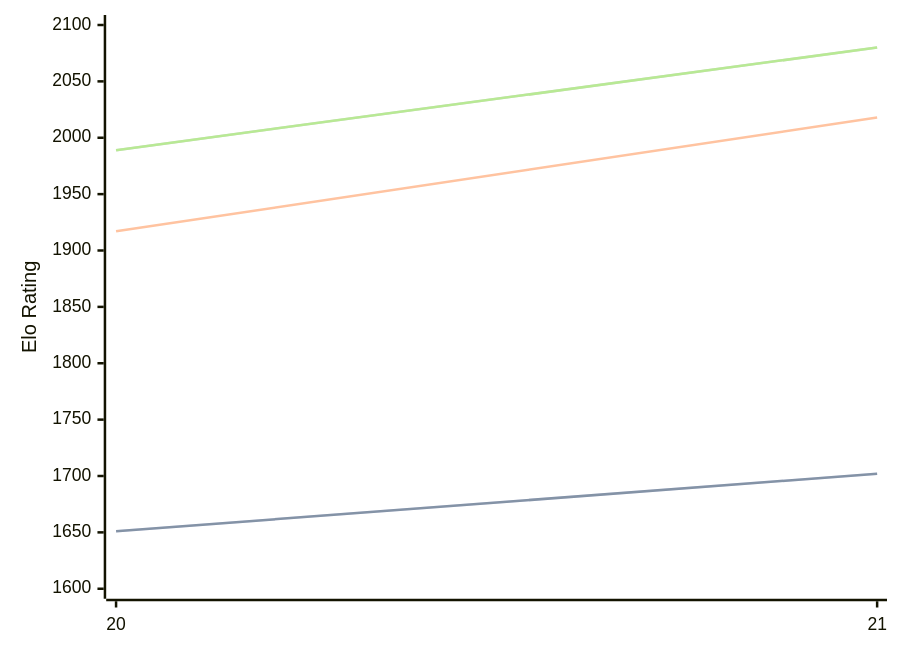
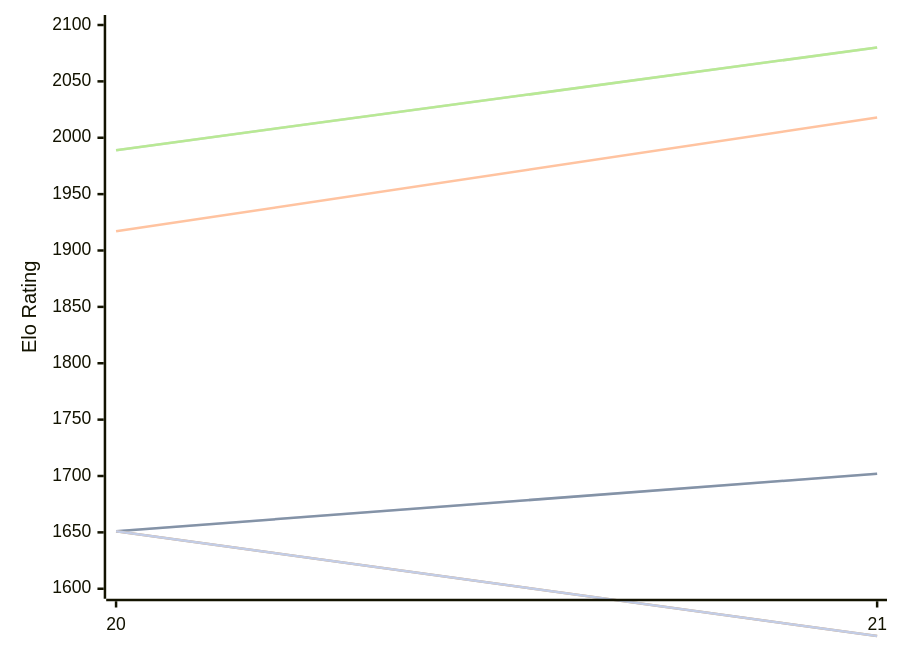
One commit to computer-chess-index/cci changed the diagram in engines/PurplePanda.md. Above: the diagram before and after it, drawn with Mermaid. The commit also changed other lines of this file, not shown here.

Commit message:
Update CCI Ratings (ELO VLTC) - 2026-10-11

````diff
--- a/engines/PurplePanda.md
+++ b/engines/PurplePanda.md
@@ -48,16 +48,13 @@
 ```mermaid
 %%{init: {"theme":"base","themeVariables":{"seriesColors:['#a3a3a3','#222221','#faa371']}}}%%
 xychart-beta
   x-axis ["20", "21"]
   y-axis "Elo Rating" 1600 --> 2100
   line "" [1651, 1702]
   line "T1: STC (8.0+0.08s)" [1651, 1702]
   line "T1: LTC (60.0+0.60s)" [1917, 2018]
   line "" [1989, 2080]
   line "T1: VLTC (2m24s+1.12s)" [1989, 2080]
-  line "" [1553]
-  line "E1: STC (8.0+0.08s)" [1553]
-  line "E1: LTC (60.0+0.60s)" [1874]
-  line "" [1985]
-  line "E1: VLTC (2m24s+1.12s)" [1985]
+  line "" [1651,1558]
+  line "E1: STC (8.0+0.08s)" [1651,1558]
 ```
````
